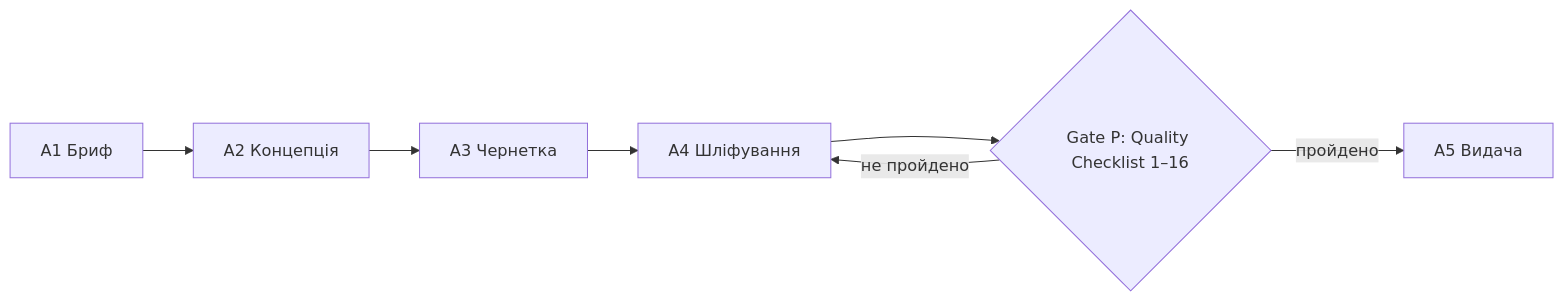
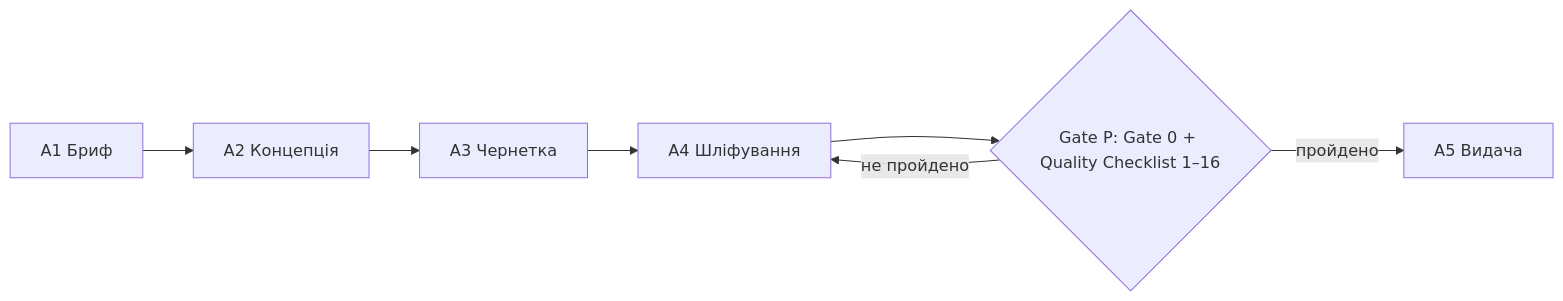
The second of 4 diagrams in docs/PIPELINE.md (sm9sh/poetry-skill), drawn with Mermaid before and after one commit. The commit also changed other lines of this file and 18 other files, not shown here.

First line of the commit message:
refactor(v4.2.0): leaner skills, single song checklist, consistent Gate 0

````diff
--- a/docs/PIPELINE.md
+++ b/docs/PIPELINE.md
@@ -60,9 +60,9 @@
 ```mermaid
 flowchart LR
     A1[A1 Бриф] --> A2[A2 Концепція]
     A2 --> A3[A3 Чернетка]
     A3 --> A4[A4 Шліфування]
-    A4 --> G1{Gate P: Quality Checklist 1–16}
+    A4 --> G1{Gate P: Gate 0 + Quality Checklist 1–16}
     G1 -->|не пройдено| A4
     G1 -->|пройдено| A5[A5 Видача]
 ```
````
